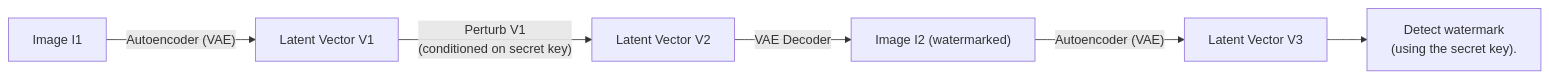
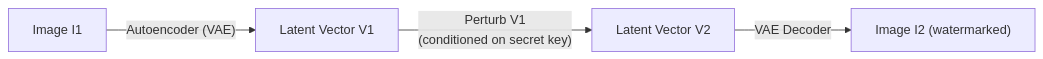
One commit to deep-watermarking/clwemark changed the first of 2 diagrams in README.md. Above: the diagram before and after it, drawn with Mermaid. The commit also changed other lines of this file, not shown here.

````diff
--- a/README.md
+++ b/README.md
@@ -127,8 +129,6 @@
 ```mermaid
 flowchart LR
     A["Image I1"] -- "Autoencoder (VAE)" --> B["Latent Vector V1"]
     B -- "Perturb V1 <br> (conditioned on secret key)" --> C["Latent Vector V2"]
     C -- "VAE Decoder" --> D["Image I2 (watermarked)"]
-    D -- "Autoencoder (VAE)" --> E["Latent Vector V3"]
-    E --> F["Detect watermark <br> (using the secret key)."]
 ```
````
